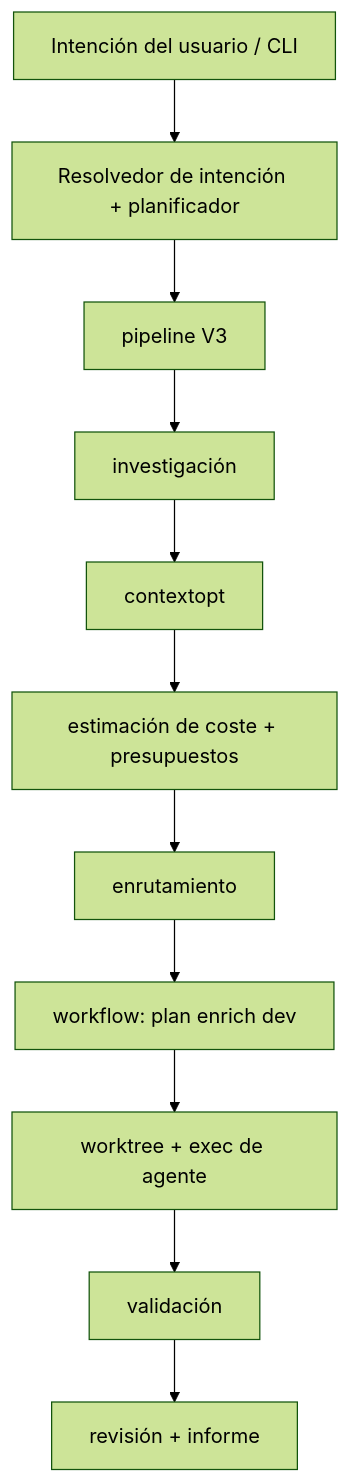
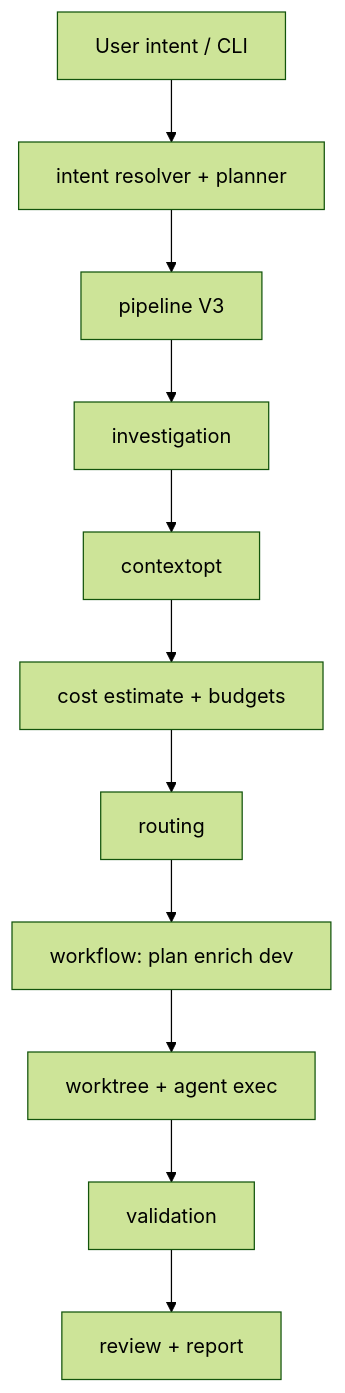
One commit to LaProgrammerie/asagiri changed the diagram in docs-site/content/docs/es/architecture/overview.mdx. Above: the diagram before and after it, drawn with Mermaid (forest theme). The commit also changed other lines of this file and 148 other files, not shown here.

````diff
--- a/docs-site/content/docs/es/architecture/overview.mdx
+++ b/docs-site/content/docs/es/architecture/overview.mdx
@@ -12,13 +14,13 @@
 ```mermaid
 flowchart TD
-  A[Intención del usuario / CLI] --> B[Resolvedor de intención + planificador]
+  A[User intent / CLI] --> B[intent resolver + planner]
   B --> C[pipeline V3]
-  C --> D[investigación]
+  C --> D[investigation]
   D --> E[contextopt]
-  E --> F[estimación de coste + presupuestos]
-  F --> G[enrutamiento]
+  E --> F[cost estimate + budgets]
+  F --> G[routing]
   G --> H[workflow: plan enrich dev]
-  H --> I[worktree + exec de agente]
-  I --> J[validación]
-  J --> K[revisión + informe]
+  H --> I[worktree + agent exec]
+  I --> J[validation]
+  J --> K[review + report]
 ```
````
